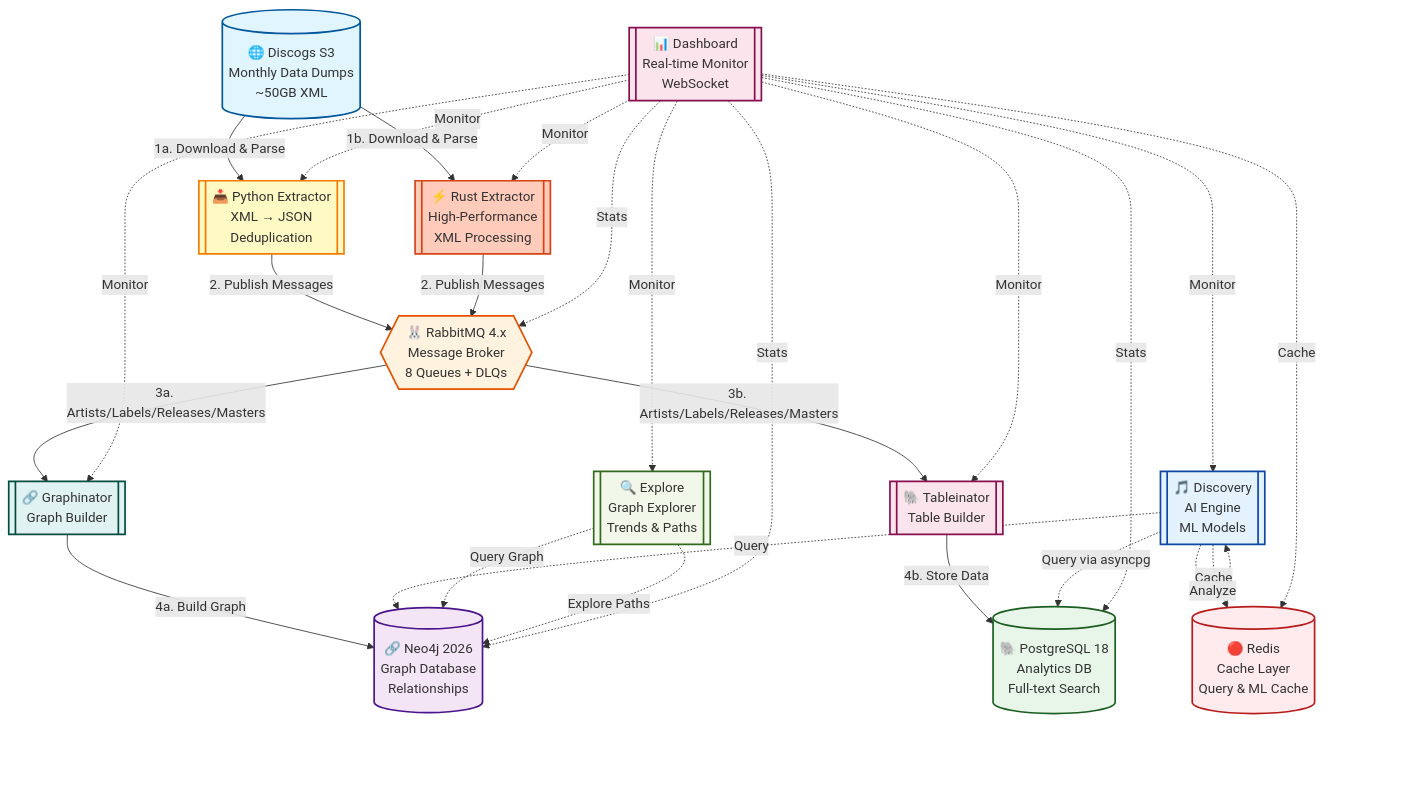
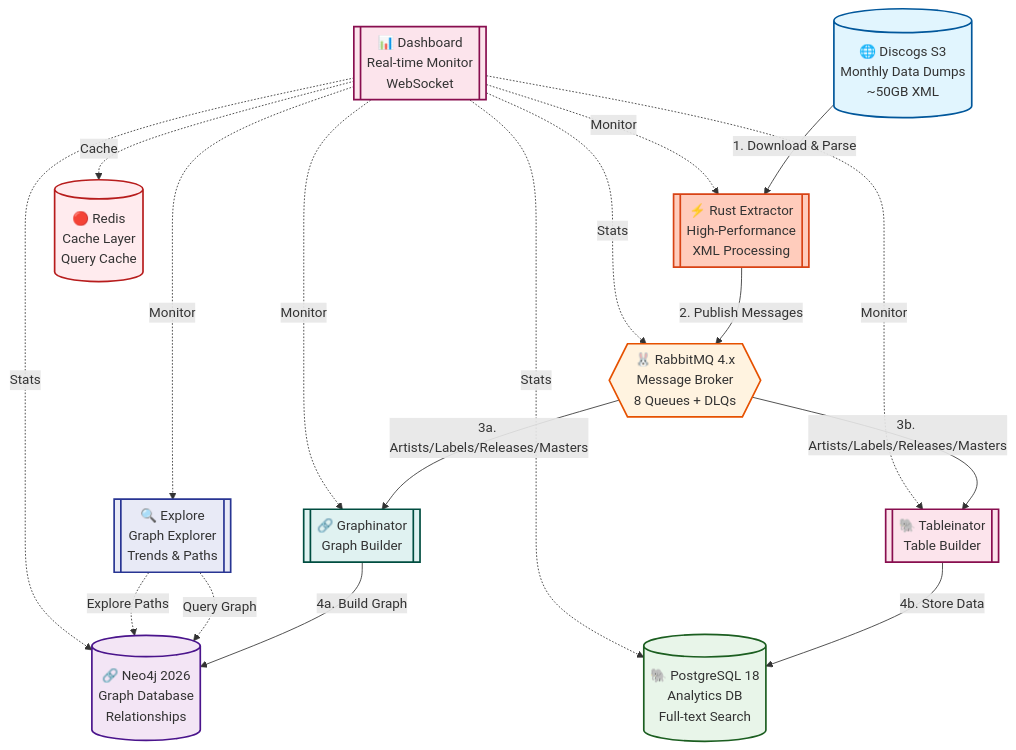
One commit to groovemap-music/deployment changed the first of 2 diagrams in docs/architecture.md. Above: the diagram before and after it, drawn with Mermaid. The commit also changed other lines of this file and 4 other files, not shown here.

````diff
--- a/docs/architecture.md
+++ b/docs/architecture.md
@@ -40,56 +38,43 @@
 ```mermaid
 graph TD
     S3[("🌐 Discogs S3<br/>Monthly Data Dumps<br/>~50GB XML")]
-    PYEXT[["📥 Python Extractor<br/>XML → JSON<br/>Deduplication"]]
     RSEXT[["⚡ Rust Extractor<br/>High-Performance<br/>XML Processing"]]
     RMQ{{"🐰 RabbitMQ 4.x<br/>Message Broker<br/>8 Queues + DLQs"}}
     NEO4J[("🔗 Neo4j 2026<br/>Graph Database<br/>Relationships")]
     PG[("🐘 PostgreSQL 18<br/>Analytics DB<br/>Full-text Search")]
-    REDIS[("🔴 Redis<br/>Cache Layer<br/>Query & ML Cache")]
+    REDIS[("🔴 Redis<br/>Cache Layer<br/>Query Cache")]
     GRAPH[["🔗 Graphinator<br/>Graph Builder"]]
     TABLE[["🐘 Tableinator<br/>Table Builder"]]
     DASH[["📊 Dashboard<br/>Real-time Monitor<br/>WebSocket"]]
-    DISCO[["🎵 Discovery<br/>AI Engine<br/>ML Models"]]
     EXPLORE[["🔍 Explore<br/>Graph Explorer<br/>Trends & Paths"]]
 
-    S3 -->|1a. Download & Parse| PYEXT
-    S3 -->|1b. Download & Parse| RSEXT
-    PYEXT -->|2. Publish Messages| RMQ
+    S3 -->|1. Download & Parse| RSEXT
     RSEXT -->|2. Publish Messages| RMQ
     RMQ -->|3a. Artists/Labels/Releases/Masters| GRAPH
     RMQ -->|3b. Artists/Labels/Releases/Masters| TABLE
     GRAPH -->|4a. Build Graph| NEO4J
     TABLE -->|4b. Store Data| PG
 
-    DISCO -.->|Query| NEO4J
-    DISCO -.->|Query via asyncpg| PG
-    DISCO -.->|Cache| REDIS
-    DISCO -.->|Analyze| DISCO
-
     EXPLORE -.->|Query Graph| NEO4J
     EXPLORE -.->|Explore Paths| NEO4J
 
-    DASH -.->|Monitor| PYEXT
     DASH -.->|Monitor| RSEXT
     DASH -.->|Monitor| GRAPH
     DASH -.->|Monitor| TABLE
-    DASH -.->|Monitor| DISCO
     DASH -.->|Monitor| EXPLORE
     DASH -.->|Cache| REDIS
     DASH -.->|Stats| RMQ
     DASH -.->|Stats| NEO4J
     DASH -.->|Stats| PG
 
     style S3 fill:#e1f5fe,stroke:#01579b,stroke-width:2px
-    style PYEXT fill:#fff9c4,stroke:#f57c00,stroke-width:2px
     style RSEXT fill:#ffccbc,stroke:#d84315,stroke-width:2px
     style RMQ fill:#fff3e0,stroke:#e65100,stroke-width:2px
     style NEO4J fill:#f3e5f5,stroke:#4a148c,stroke-width:2px
     style PG fill:#e8f5e9,stroke:#1b5e20,stroke-width:2px
     style REDIS fill:#ffebee,stroke:#b71c1c,stroke-width:2px
     style DASH fill:#fce4ec,stroke:#880e4f,stroke-width:2px
-    style DISCO fill:#e3f2fd,stroke:#0d47a1,stroke-width:2px
-    style EXPLORE fill:#f1f8e9,stroke:#33691e,stroke-width:2px
+    style EXPLORE fill:#e8eaf6,stroke:#283593,stroke-width:2px
     style GRAPH fill:#e0f2f1,stroke:#004d40,stroke-width:2px
     style TABLE fill:#fce4ec,stroke:#880e4f,stroke-width:2px
 ```
````
